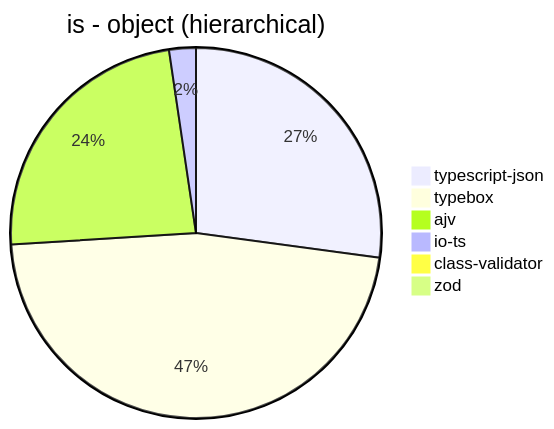
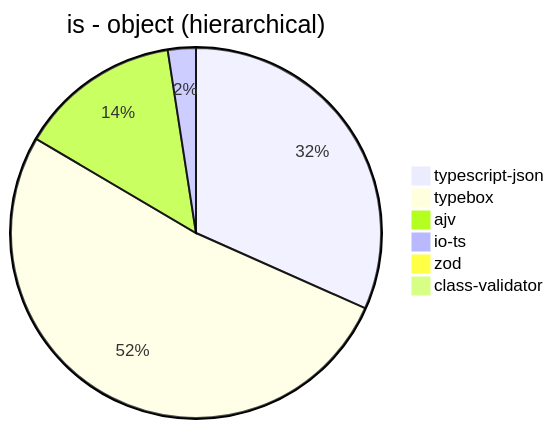
The first of 39 diagrams in benchmark/results/AMD Ryzen 7 5800H with Radeon Graphics.md (samchon/typia), drawn with Mermaid before and after one commit. The commit also changed other lines of this file and 3 other files, not shown here.

````diff
--- a/benchmark/results/AMD Ryzen 7 5800H with Radeon Graphics.md
+++ b/benchmark/results/AMD Ryzen 7 5800H with Radeon Graphics.md
@@ -21,9 +21,9 @@
 ```mermaid
 pie title is - object (hierarchical)
-  "typescript-json": 101362.17552533992
-  "typebox": 175157.17866093805
-  "ajv": 88388.31168831169
-  "io-ts": 8728.605029853446
-  "class-validator": 55.868875572788156
-  "zod": 379.89601386481803
+  "typescript-json": 111292.12454212454
+  "typebox": 182121.67159763313
+  "ajv": 49491.52851156859
+  "io-ts": 8601.880310974508
+  "zod": 408.98345153664303
+  "class-validator": 57.29260798843303
 ```
````
